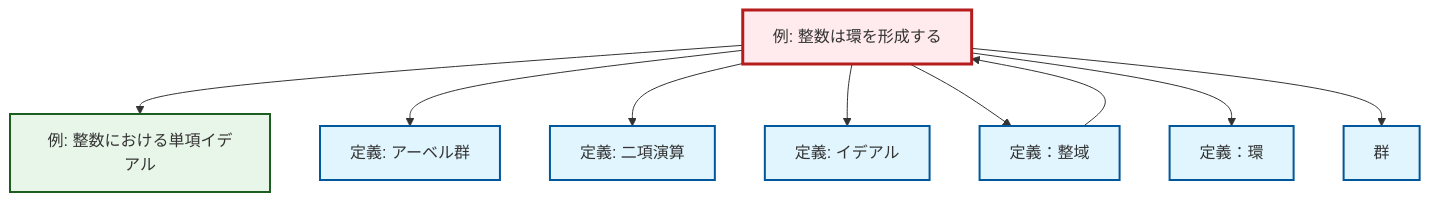
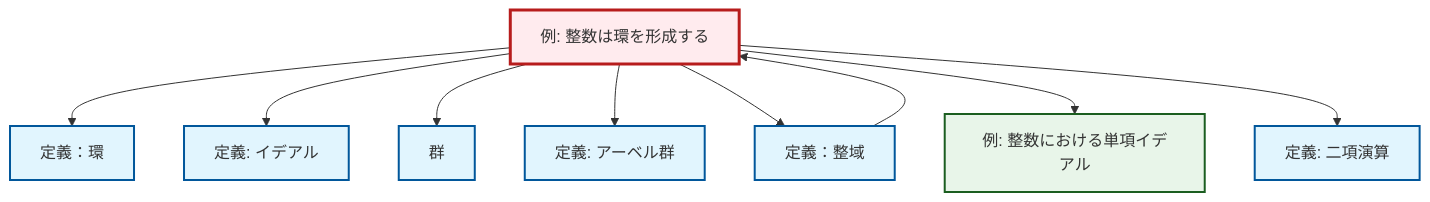
One commit to RK0429/ModernMath changed the diagram in content/ja/algebra/ex-integers-ring.qmd. Above: the diagram before and after it, drawn with Mermaid. The commit also changed other lines of this file and 1012 other files, not shown here.

````diff
--- a/content/ja/algebra/ex-integers-ring.qmd
+++ b/content/ja/algebra/ex-integers-ring.qmd
@@ -65,33 +65,33 @@
 ```{mermaid}
 %%| fig-cap: "Local dependency graph"
 graph TD
     classDef definition fill:#e1f5fe,stroke:#01579b,stroke-width:2px
     classDef theorem fill:#f3e5f5,stroke:#4a148c,stroke-width:2px
     classDef axiom fill:#fff3e0,stroke:#e65100,stroke-width:2px
     classDef example fill:#e8f5e9,stroke:#1b5e20,stroke-width:2px
     classDef current fill:#ffebee,stroke:#b71c1c,stroke-width:3px
     ex-integers-ring["例: 整数は環を形成する"]:::example
-    def-ideal["定義: イデアル"]:::definition
+    def-ring["定義：環"]:::definition
     def-binary-operation["定義: 二項演算"]:::definition
-    def-integral-domain["定義：整域"]:::definition
-    def-ring["定義：環"]:::definition
     ex-principal-ideal["例: 整数における単項イデアル"]:::example
     def-abelian-group["定義: アーベル群"]:::definition
+    def-integral-domain["定義：整域"]:::definition
+    def-ideal["定義: イデアル"]:::definition
     def-group["群"]:::definition
+    ex-integers-ring --> def-ring
+    ex-integers-ring --> def-ideal
+    ex-integers-ring --> def-group
+    ex-integers-ring --> def-abelian-group
+    ex-integers-ring --> def-integral-domain
     ex-integers-ring --> ex-principal-ideal
-    ex-integers-ring --> def-abelian-group
     ex-integers-ring --> def-binary-operation
-    ex-integers-ring --> def-ideal
-    ex-integers-ring --> def-integral-domain
     def-integral-domain --> ex-integers-ring
-    ex-integers-ring --> def-ring
-    ex-integers-ring --> def-group
     class ex-integers-ring current
-    click def-ideal "def-ideal.html" "イデアルの定義へ"
+    click def-ring "def-ring.html" "定義：環へ"
     click def-binary-operation "def-binary-operation.html" "二項演算の定義へ"
-    click def-integral-domain "def-integral-domain.html" "定義：整域へ"
-    click def-ring "def-ring.html" "定義：環へ"
     click ex-principal-ideal "ex-principal-ideal.html" "整数における単項イデアルの例へ"
     click def-abelian-group "def-abelian-group.html" "アーベル群の定義へ"
+    click def-integral-domain "def-integral-domain.html" "定義：整域へ"
+    click def-ideal "def-ideal.html" "イデアルの定義へ"
     click def-group "def-group.html" "群へ"
 ```
````
